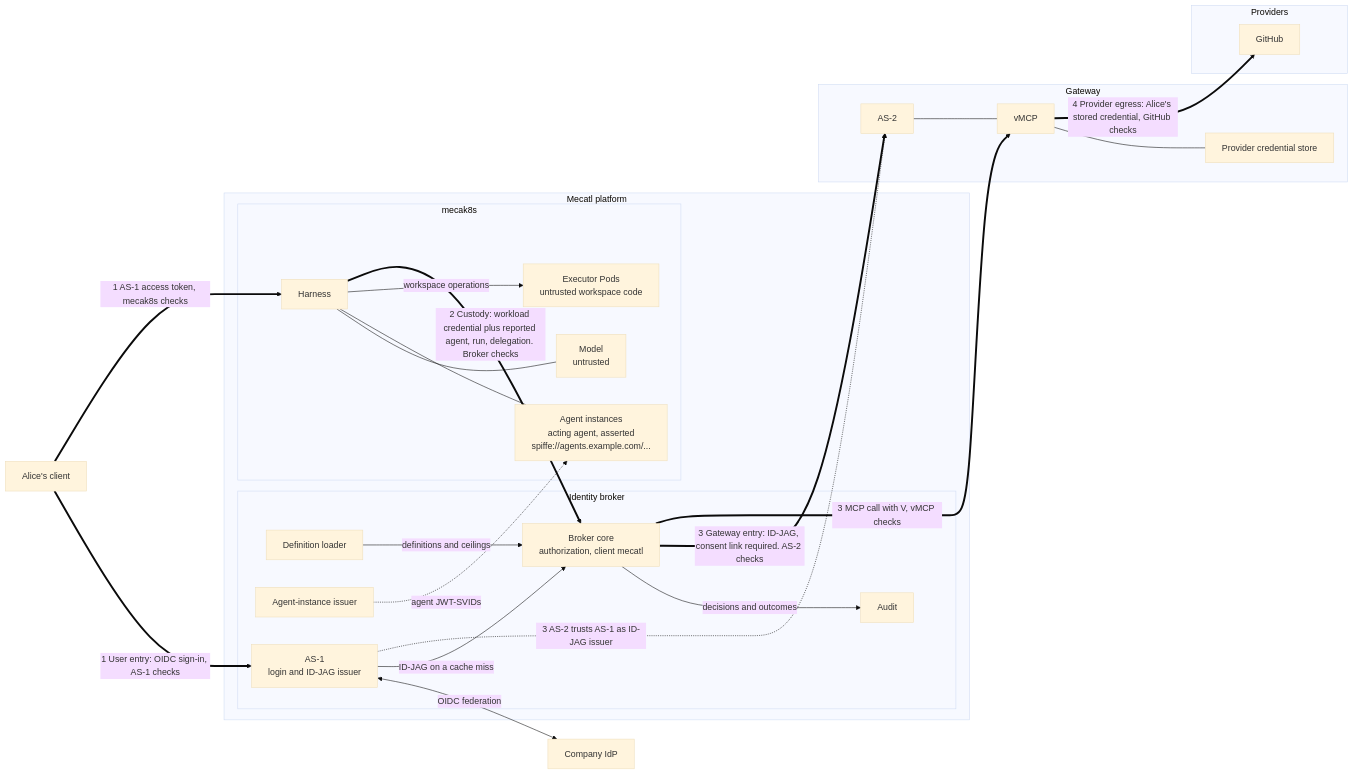
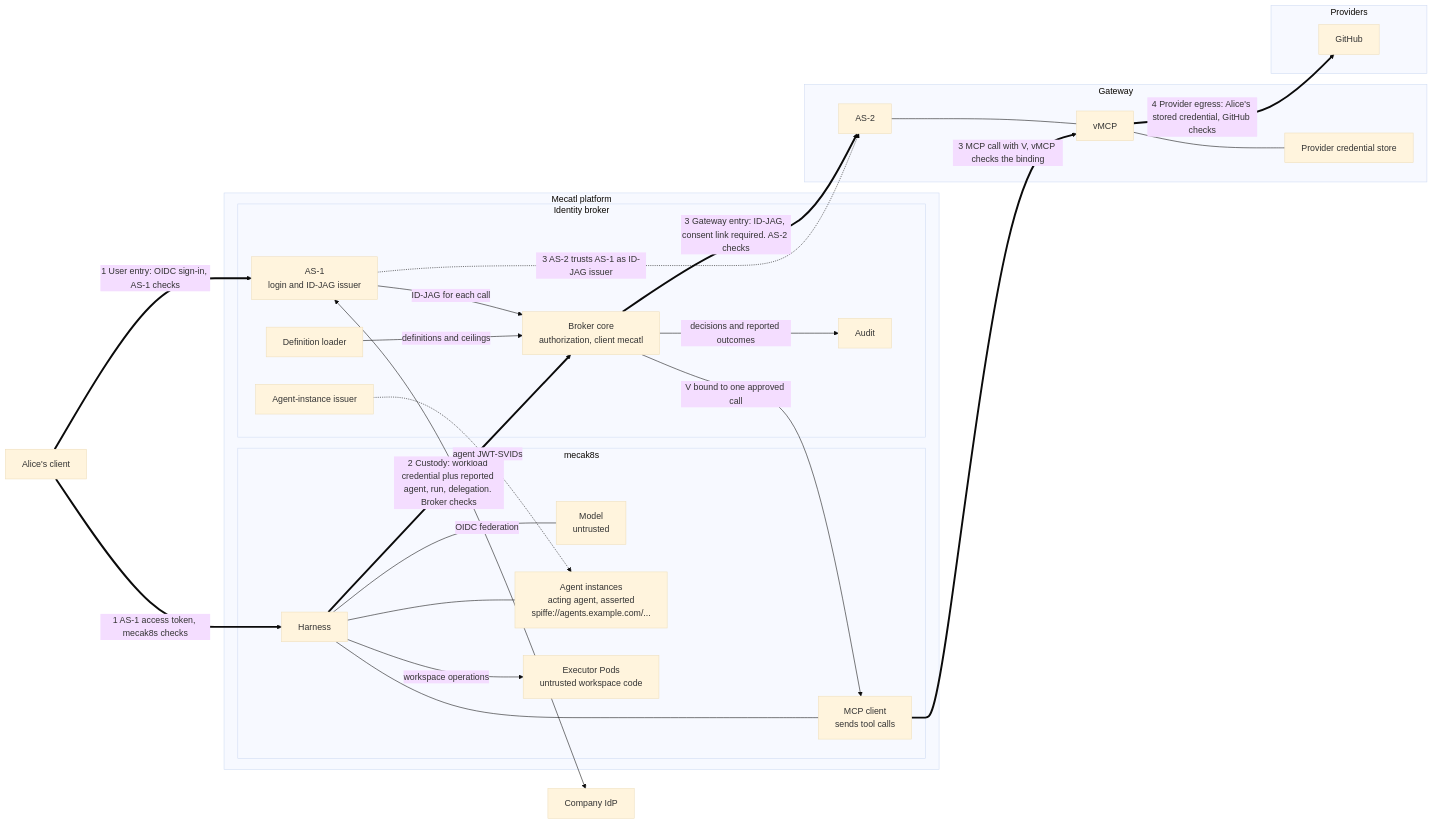
The diagram in docs/drafts/agent-identity/README.md (stacklok/mecatl), drawn with Mermaid (base theme) before and after one commit. The commit also changed other lines of this file and 7 other files, not shown here.

First line of the commit message:
docs(agent-identity): mecak8s sends gateway calls with a per-call token

````diff
--- a/docs/drafts/agent-identity/README.md
+++ b/docs/drafts/agent-identity/README.md
@@ -55,45 +57,48 @@
 ```mermaid
 flowchart LR
     C["Alice's client"]
     IdP["Company IdP"]
     subgraph P["Mecatl platform"]
         subgraph K["mecak8s"]
             H["Harness"]
+            MC["MCP client<br/>sends tool calls"]
             M["Model<br/>untrusted"]
             AG["Agent instances<br/>acting agent, asserted<br/>spiffe://agents.example.com/..."]
             EX["Executor Pods<br/>untrusted workspace code"]
         end
         subgraph B["Identity broker"]
             DL["Definition loader"]
             IS["Agent-instance issuer"]
             A1["AS-1<br/>login and ID-JAG issuer"]
             BC["Broker core<br/>authorization, client mecatl"]
             AU["Audit"]
         end
     end
     subgraph G["Gateway"]
         A2["AS-2"]
         V["vMCP"]
         S["Provider credential store"]
     end
     subgraph PR["Providers"]
         GH["GitHub"]
     end
     C ==>|"1 User entry: OIDC sign-in, AS-1 checks"| A1
     A1 <-->|"OIDC federation"| IdP
     C ==>|"1 AS-1 access token, mecak8s checks"| H
     H --- M
     H --- AG
+    H --- MC
     H -->|"workspace operations"| EX
     H ==>|"2 Custody: workload credential plus reported agent, run, delegation. Broker checks"| BC
     IS -.->|"agent JWT-SVIDs"| AG
     DL -->|"definitions and ceilings"| BC
-    A1 -->|"ID-JAG on a cache miss"| BC
-    BC -->|"decisions and outcomes"| AU
+    A1 -->|"ID-JAG for each call"| BC
+    BC -->|"decisions and reported outcomes"| AU
     A1 -.->|"3 AS-2 trusts AS-1 as ID-JAG issuer"| A2
     BC ==>|"3 Gateway entry: ID-JAG, consent link required. AS-2 checks"| A2
-    BC ==>|"3 MCP call with V, vMCP checks"| V
+    BC -->|"V bound to one approved call"| MC
+    MC ==>|"3 MCP call with V, vMCP checks the binding"| V
     A2 --- V
     V --- S
     V ==>|"4 Provider egress: Alice's stored credential, GitHub checks"| GH
 ```
````
